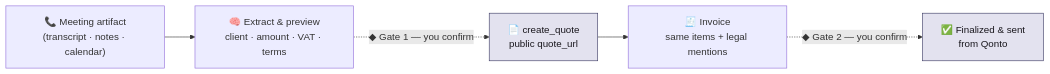
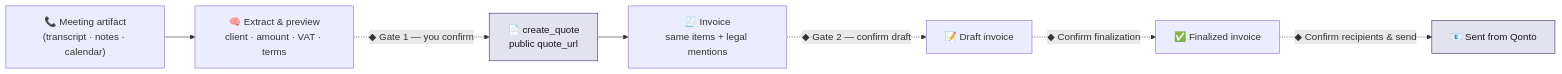
One commit to qonto/skills changed the diagram in community/meet2invoice/README.md. Above: the diagram before and after it, drawn with Mermaid. The commit also changed other lines of this file and 2 other files, not shown here.

Commit message:
Guard meet2invoice writes and VAT exceptions

````diff
--- a/community/meet2invoice/README.md
+++ b/community/meet2invoice/README.md
@@ -11,10 +12,12 @@
 ```mermaid
 flowchart LR
     A["📞 Meeting artifact\n(transcript · notes · calendar)"] --> B["🧠 Extract & preview\nclient · amount · VAT · terms"]
     B -. "◆ Gate 1 — you confirm" .-> C["📄 create_quote\npublic quote_url"]
     C --> E["🧾 Invoice\nsame items + legal mentions"]
-    E -. "◆ Gate 2 — you confirm" .-> F["✅ Finalized & sent\nfrom Qonto"]
+    E -. "◆ Gate 2 — confirm draft" .-> D["📝 Draft invoice"]
+    D -. "◆ Confirm finalization" .-> G["✅ Finalized invoice"]
+    G -. "◆ Confirm recipients & send" .-> F["📧 Sent from Qonto"]
 
     classDef qonto fill:#E3E2EF,stroke:#3B3A63,color:#18161C;
     class C,F qonto
 ```
````
